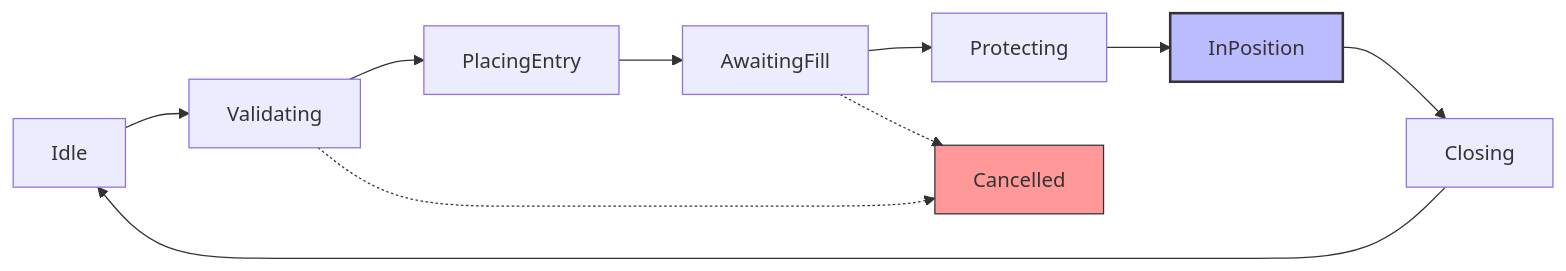
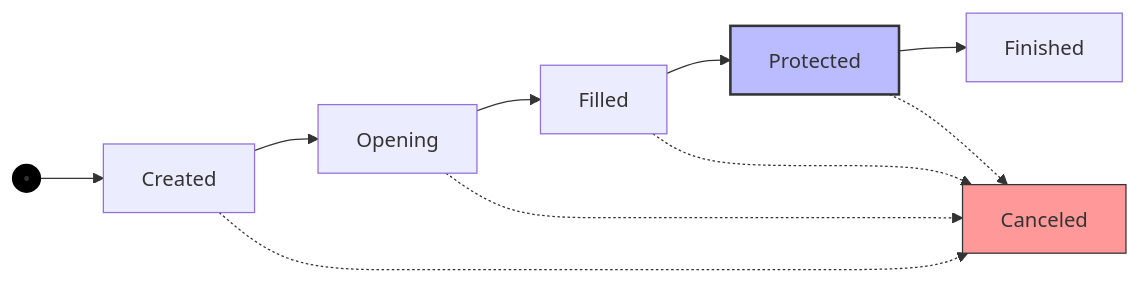
One commit to Andy11011/EDGEngine changed the diagram in Arch/EdgeTrader/TradesEventSourcingFC.md. Above: the diagram before and after it, drawn with Mermaid. The commit also changed 1 other file, not shown here.

Commit message:
Implementing new Main Control Flow - 3 (adding postgres support - 3)

````diff
--- a/Arch/EdgeTrader/TradesEventSourcingFC.md
+++ b/Arch/EdgeTrader/TradesEventSourcingFC.md
@@ -1,10 +1,13 @@
 ```mermaid
 graph LR
-    A[Idle] --> B[Validating] --> C[PlacingEntry] --> D[AwaitingFill] --> E[Protecting] --> F[InPosition] --> G[Closing] --> A
-    
-    B -.-> X[Cancelled]
+    S((•)) --> A[Created] --> B[Opening] --> C[Filled] --> D[Protected] --> E[Finished]
+
+    A -.-> X[Canceled]
+    B -.-> X
+    C -.-> X
     D -.-> X
-    
-    style F fill:#bbf,stroke:#333,stroke-width:2px
+
+    style S fill:#000,stroke:#000,stroke-width:2px
+    style D fill:#bbf,stroke:#333,stroke-width:2px
     style X fill:#f99,stroke:#333,stroke-width:1px
 ```
````
